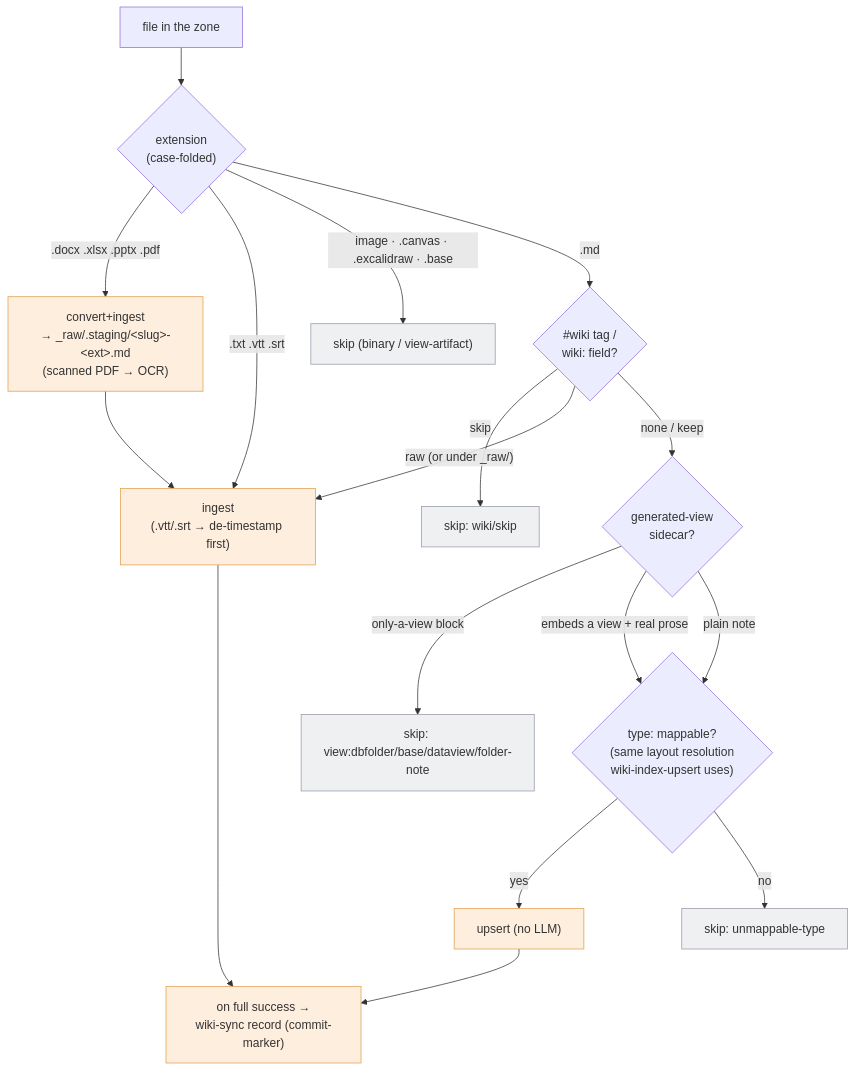
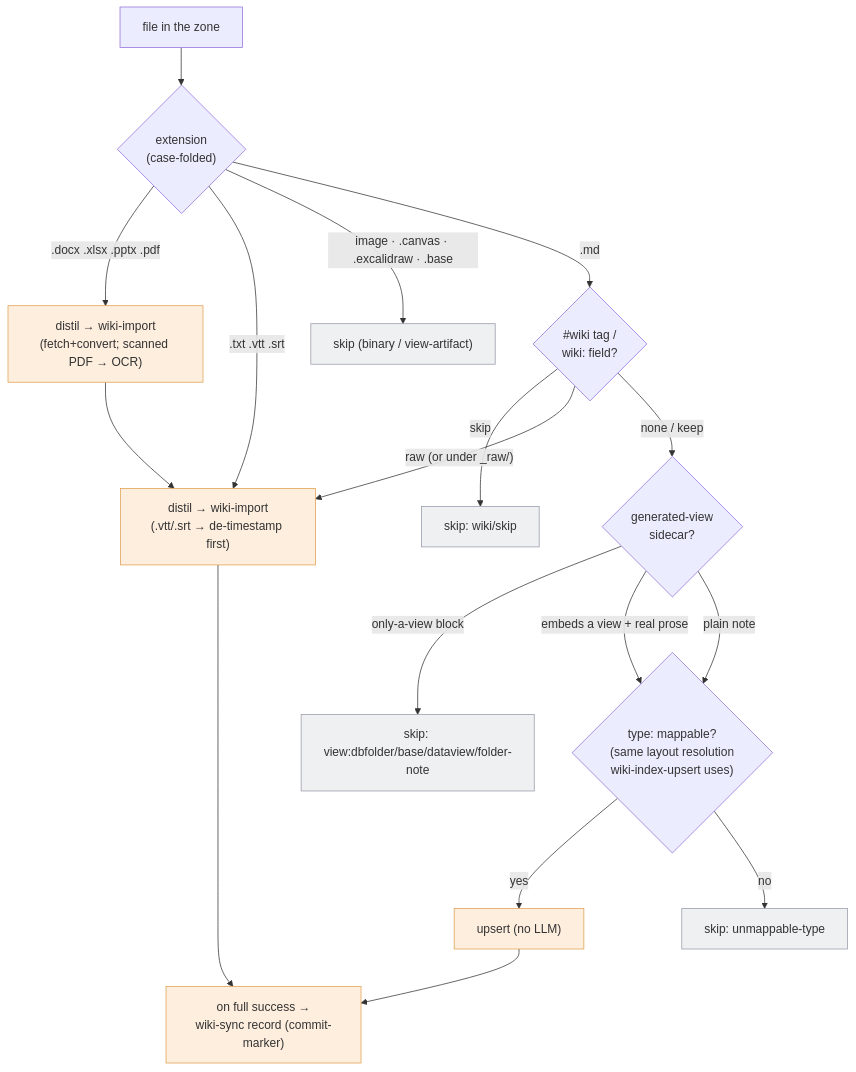
One commit to MatrixFounder/llm-wiki changed the fifth of 8 diagrams in docs/manuals/obsidian-llm-wiki_manual.ru.md. Above: the diagram before and after it, drawn with Mermaid. The commit also changed other lines of this file and 17 other files, not shown here.

First line of the commit message:
docs: de-vendor manuals/ROADMAP, archive pre-impl planning specs, refresh data-model infographic

````diff
--- a/docs/manuals/obsidian-llm-wiki_manual.ru.md
+++ b/docs/manuals/obsidian-llm-wiki_manual.ru.md
@@ -976,23 +983,23 @@
 ```mermaid
 flowchart TD
     F["file in the zone"] --> EXT{"extension<br/>(case-folded)"}
-    EXT -->|".docx .xlsx .pptx .pdf"| CONV["convert+ingest<br/>→ _raw/.staging/&lt;slug&gt;-&lt;ext&gt;.md<br/>(scanned PDF → OCR)"]
-    EXT -->|".txt .vtt .srt"| ING["ingest<br/>(.vtt/.srt → de-timestamp first)"]
+    EXT -->|".docx .xlsx .pptx .pdf"| CONV["distil → wiki-import<br/>(fetch+convert; scanned PDF → OCR)"]
+    EXT -->|".txt .vtt .srt"| ING["distil → wiki-import<br/>(.vtt/.srt → de-timestamp first)"]
     EXT -->|"image · .canvas · .excalidraw · .base"| SKb["skip (binary / view-artifact)"]
     EXT -->|".md"| TAG{"#wiki tag /<br/>wiki: field?"}
     TAG -->|"skip"| SKt["skip: wiki/skip"]
     TAG -->|"raw  (or under _raw/)"| ING
     TAG -->|"none / keep"| VIEW{"generated-view<br/>sidecar?"}
     VIEW -->|"only-a-view block"| SKv["skip: view:dbfolder/base/dataview/folder-note"]
     VIEW -->|"embeds a view + real prose"| TYPE
     VIEW -->|"plain note"| TYPE{"type: mappable?<br/>(same layout resolution<br/>wiki-index-upsert uses)"}
     TYPE -->|"yes"| UP["upsert (no LLM)"]
     TYPE -->|"no"| SKu["skip: unmappable-type"]
     CONV --> ING
     ING --> REC["on full success →<br/>wiki-sync record (commit-marker)"]
     UP --> REC
     classDef act fill:#fdeede,stroke:#e0a050;
     classDef sk fill:#eef0f2,stroke:#99a;
     class CONV,ING,UP,REC act;
     class SKb,SKt,SKv,SKu sk;
 ```
````
